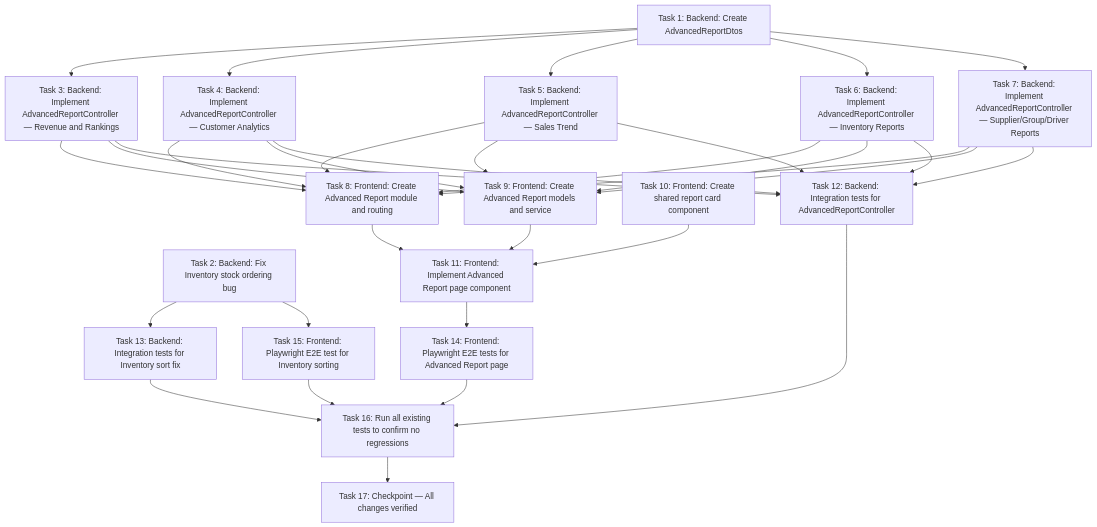
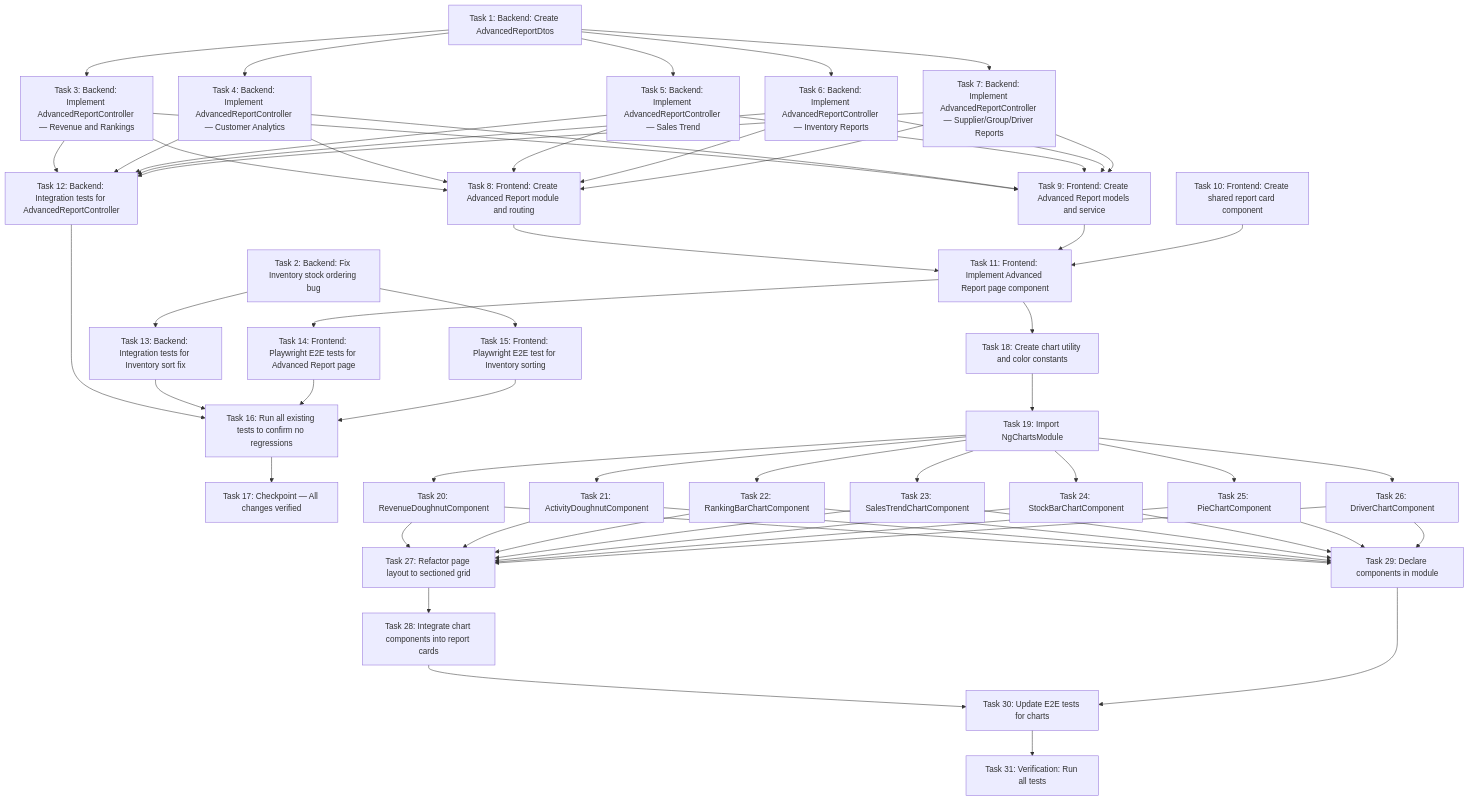
One commit to ifanzalukhu97/kiro-dotnet-sql-optimization-aws-summit-jkt-2026 changed the diagram in .kiro/specs/advanced-reports/tasks.md. Above: the diagram before and after it, drawn with Mermaid. The commit also changed other lines of this file and 17 other files, not shown here.

First line of the commit message:
feat: add chart visualizations and sectioned layout to advanced reports page

````diff
--- a/.kiro/specs/advanced-reports/tasks.md
+++ b/.kiro/specs/advanced-reports/tasks.md
@@ -424,34 +431,63 @@
 ```mermaid
 flowchart TD
     1[Task 1: Backend: Create AdvancedReportDtos] --> 3[Task 3: Backend: Implement AdvancedReportController — Revenue and Rankings]
     1 --> 4[Task 4: Backend: Implement AdvancedReportController — Customer Analytics]
     1 --> 5[Task 5: Backend: Implement AdvancedReportController — Sales Trend]
     1 --> 6[Task 6: Backend: Implement AdvancedReportController — Inventory Reports]
     1 --> 7[Task 7: Backend: Implement AdvancedReportController — Supplier/Group/Driver Reports]
     3 --> 8[Task 8: Frontend: Create Advanced Report module and routing]
     4 --> 8
     5 --> 8
     6 --> 8
     7 --> 8
     3 --> 9[Task 9: Frontend: Create Advanced Report models and service]
     4 --> 9
     5 --> 9
     6 --> 9
     7 --> 9
     8 --> 11[Task 11: Frontend: Implement Advanced Report page component]
     9 --> 11
     10[Task 10: Frontend: Create shared report card component] --> 11
     3 --> 12[Task 12: Backend: Integration tests for AdvancedReportController]
     4 --> 12
     5 --> 12
     6 --> 12
     7 --> 12
     2[Task 2: Backend: Fix Inventory stock ordering bug] --> 13[Task 13: Backend: Integration tests for Inventory sort fix]
     11 --> 14[Task 14: Frontend: Playwright E2E tests for Advanced Report page]
     2 --> 15[Task 15: Frontend: Playwright E2E test for Inventory sorting]
     12 --> 16[Task 16: Run all existing tests to confirm no regressions]
     13 --> 16
     14 --> 16
     15 --> 16
     16 --> 17[Task 17: Checkpoint — All changes verified]
+
+    %% Wave 6: Chart Visualizations
+    11 --> 18[Task 18: Create chart utility and color constants]
+    18 --> 19[Task 19: Import NgChartsModule]
+    19 --> 20[Task 20: RevenueDoughnutComponent]
+    19 --> 21[Task 21: ActivityDoughnutComponent]
+    19 --> 22[Task 22: RankingBarChartComponent]
+    19 --> 23[Task 23: SalesTrendChartComponent]
+    19 --> 24[Task 24: StockBarChartComponent]
+    19 --> 25[Task 25: PieChartComponent]
+    19 --> 26[Task 26: DriverChartComponent]
+    20 --> 27[Task 27: Refactor page layout to sectioned grid]
+    21 --> 27
+    22 --> 27
+    23 --> 27
+    24 --> 27
+    25 --> 27
+    26 --> 27
+    27 --> 28[Task 28: Integrate chart components into report cards]
+    20 --> 29[Task 29: Declare components in module]
+    21 --> 29
+    22 --> 29
+    23 --> 29
+    24 --> 29
+    25 --> 29
+    26 --> 29
+    28 --> 30[Task 30: Update E2E tests for charts]
+    29 --> 30
+    30 --> 31[Task 31: Verification: Run all tests]
 ```
````
